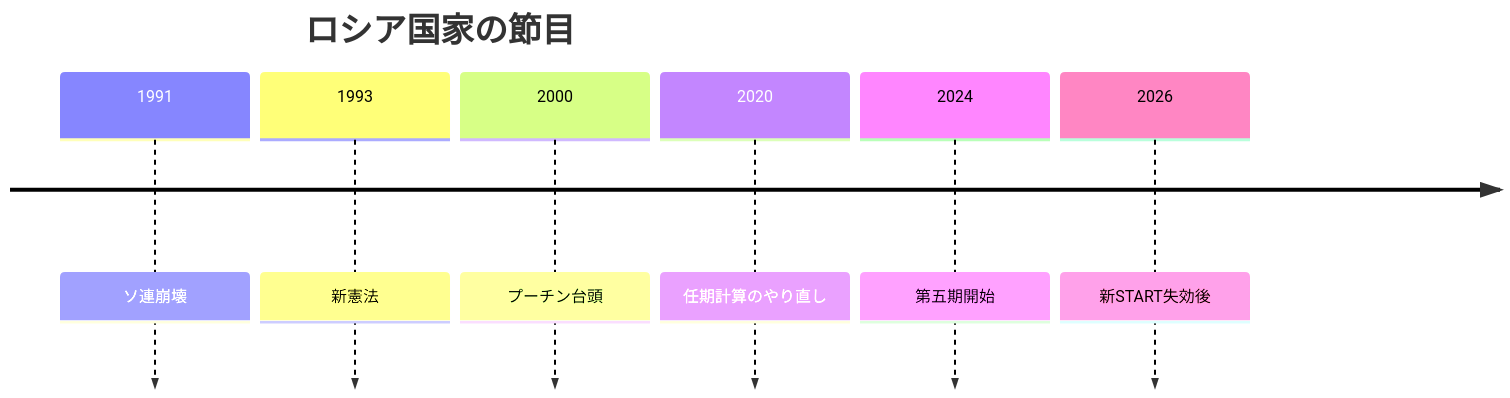
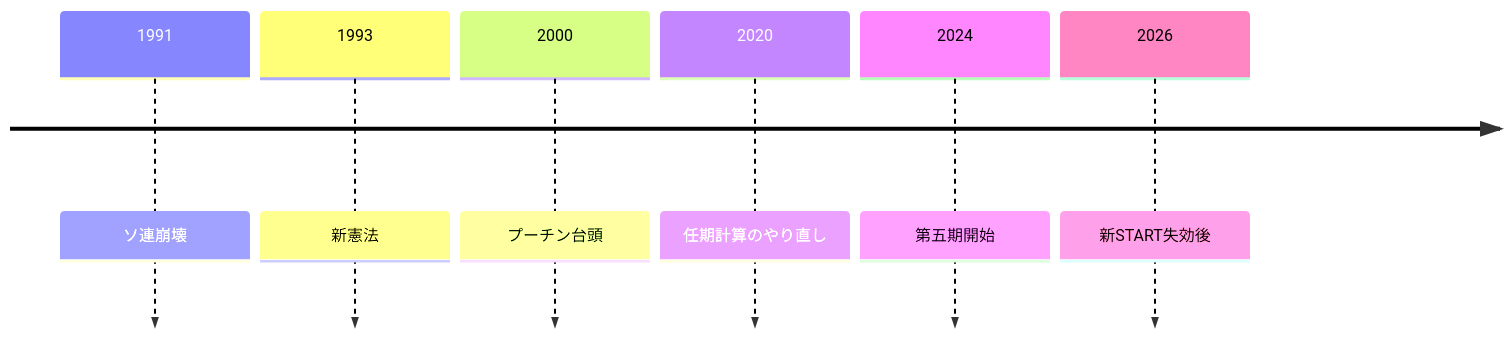
One commit to daylight55/research changed the second of 3 diagrams in articles/report/russia-geopolitical-profile/ja/index.mdx. Above: the diagram before and after it, drawn with Mermaid. The commit also changed other lines of this file and 181 other files, not shown here.

First line of the commit message:
全記事の図解368点を再生成し、共通注意書きを削除 (#402)

````diff
--- a/articles/report/russia-geopolitical-profile/ja/index.mdx
+++ b/articles/report/russia-geopolitical-profile/ja/index.mdx
@@ -46,10 +53,13 @@
 ```mermaid
 timeline
-  title ロシア国家の節目
+  accTitle: ロシアの国家形成・権力集中・軍備管理の節目
+  accDescr: ソ連崩壊、憲法制定、プーチン政権、任期制度、軍備管理の変化を年代で区別する。
+  accTitle: ロシアの国家形成・権力集中・軍備管理の節目
+  accDescr: ソ連崩壊、憲法制定、プーチン政権、任期制度、軍備管理の変化を年代で区別する。
   1991 : ソ連崩壊
   1993 : 新憲法
   2000 : プーチン台頭
   2020 : 任期計算のやり直し
   2024 : 第五期開始
   2026 : 新START失効後
 ```
````
